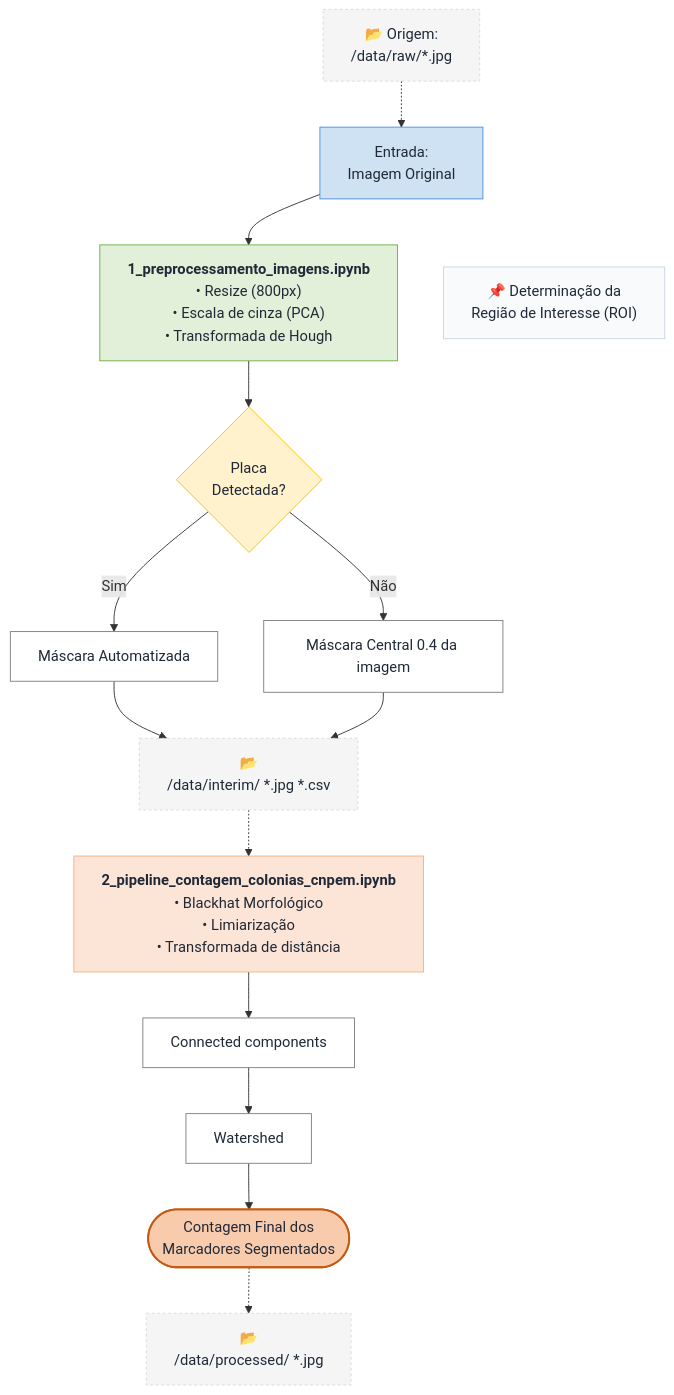
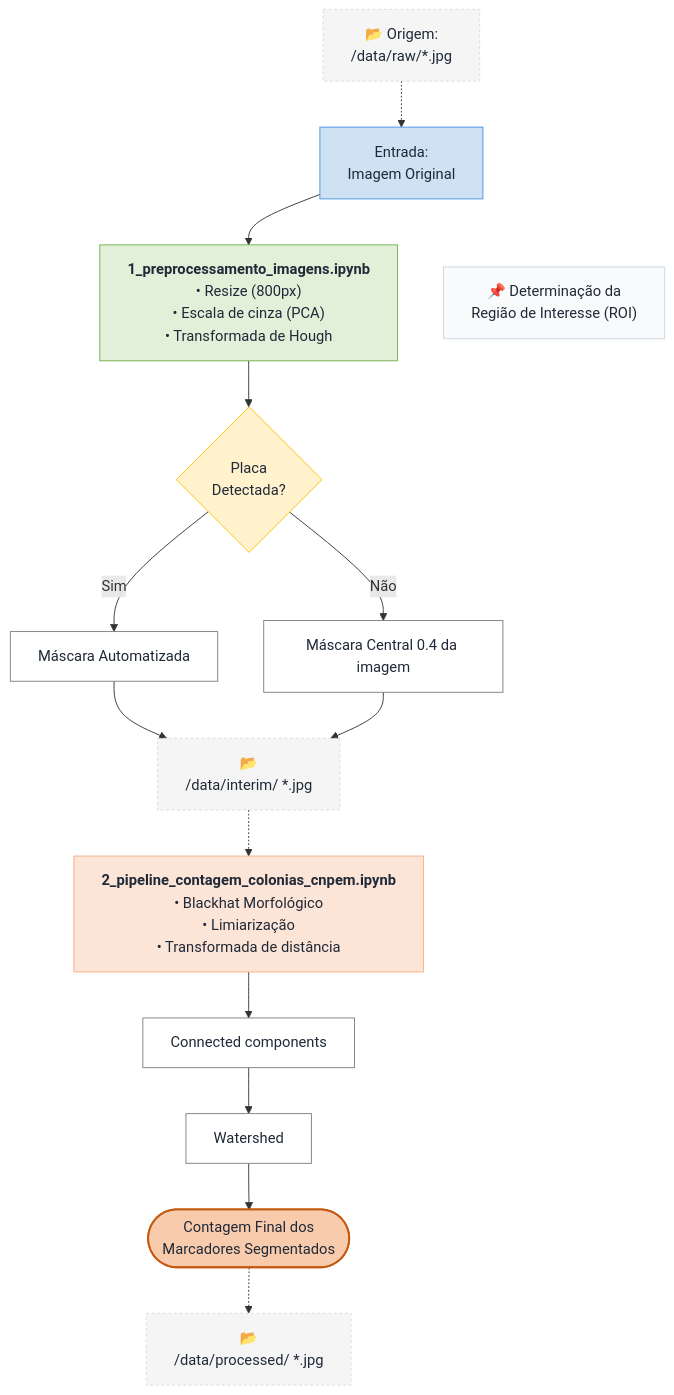
The diagram in projetos/pattern-recognition-in-petri-dishes/README.md (Disciplinas-FEEC/IA901-2026S1), drawn with Mermaid before and after one commit.

````diff
--- a/projetos/pattern-recognition-in-petri-dishes/README.md
+++ b/projetos/pattern-recognition-in-petri-dishes/README.md
@@ -141,51 +141,51 @@
 ```mermaid
 graph TD
 
     OBS1["📂 Origem: <br>/data/raw/*.jpg"] -.-> A
-    OBS2["📂  <br>/data/interim/ *.jpg *.csv"] -.-> NB2
+    OBS2["📂  <br>/data/interim/ *.jpg"] -.-> NB2
     OBS3["📂  <br>/data/processed/ *.jpg"]
 
     A[Entrada:<br>Imagem Original] --> NB1
 
     %% Primeiro Bloco (Notebook 1) como uma macro-etapa unificada
     NB1["<b>1_preprocessamento_imagens.ipynb</b><br>• Resize (800px)<br>• Escala de cinza (PCA)<br>• Transformada de Hough"] 
     
     %% Decisão da Placa
     NB1 --> F{Placa<br>Detectada?}
 
     A ~~~ TXT1["📌 Determinação da<br>Região de Interesse (ROI)"]
     
     %% Ramificações paralelas
     F -- Sim --> G[Máscara Automatizada]
     F -- Não --> H[Máscara Central 0.4 da imagem]
     
     %% Convergência para o Segundo Bloco (Notebook 2)
     G --> OBS2
     H --> OBS2
 
 
 
     %% Segundo Bloco como macro-etapa de Processamento Morfológico
     NB2["<b>2_pipeline_contagem_colonias_cnpem.ipynb</b><br>• Blackhat Morfológico<br>• Limiarização<br>• Transformada de distância"]
 
     %% Etapas Finais de Segmentação e Contagem
     NB2 --> M[Connected components ]
     M --> N[Watershed]
     N --> U([Contagem Final dos<br>Marcadores Segmentados])
     U -.-> OBS3
 
     %% Estilização baseada na paleta de cores da sua referência
     style OBS1 fill:#f5f5f5,stroke:#d9d9d9,stroke-width:1px,stroke-dasharray: 3 3,color:#1f2937
     style OBS2 fill:#f5f5f5,stroke:#d9d9d9,stroke-width:1px,stroke-dasharray: 3 3,color:#1f2937
     style OBS3 fill:#f5f5f5,stroke:#d9d9d9,stroke-width:1px,stroke-dasharray: 3 3,color:#1f2937
     style A fill:#cee2f3,stroke:#4a90e2,stroke-width:1px,color:#1f2937
     style NB1 fill:#e2f0d9,stroke:#70ad47,stroke-width:1px,color:#1f2937
     style F fill:#fff2cc,stroke:#ffc000,stroke-width:1px,color:#1f2937
     style G fill:#fff,stroke:#7f7f7f,stroke-width:1px,color:#1f2937
     style H fill:#fff,stroke:#7f7f7f,stroke-width:1px,color:#1f2937
     style NB2 fill:#fce4d6,stroke:#f4b183,stroke-width:1px,color:#1f2937
     style M fill:#fff,stroke:#7f7f7f,stroke-width:1px,color:#1f2937
     style N fill:#fff,stroke:#7f7f7f,stroke-width:1px,color:#1f2937
     style U fill:#f8cbad,stroke:#c65911,stroke-width:2px,color:#1f2937
     style TXT1 fill:#f8fafc,stroke:#cbd5e1,color:#1f2937
 ```
````
